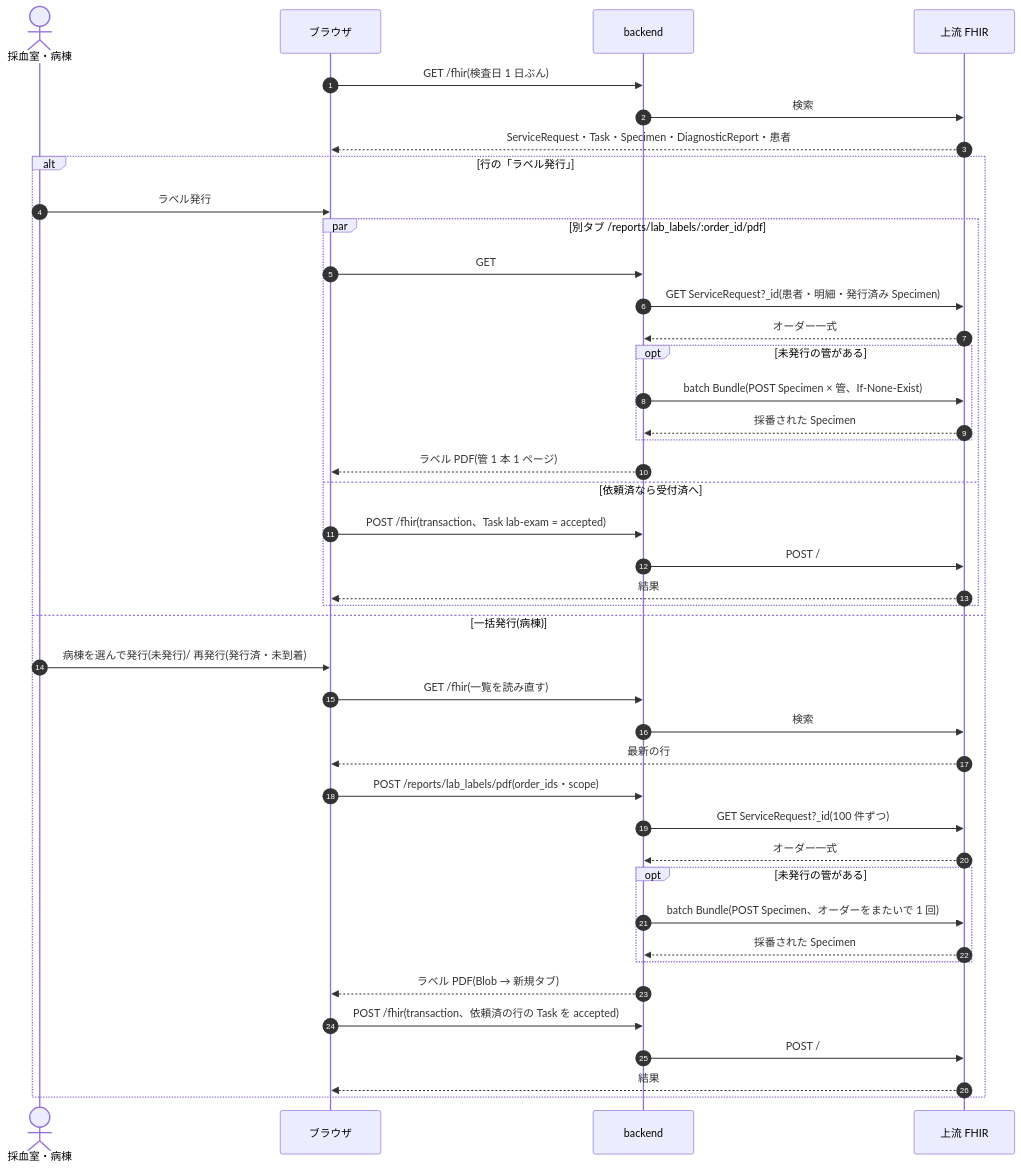
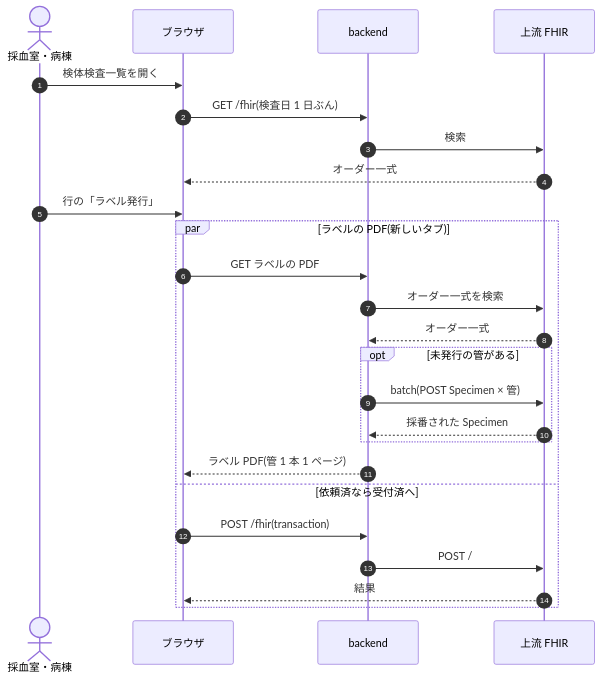
Before and after one commit to ysnr-dev/fhir-client-docs: the fourth of 14 diagrams in docs/dev/lab.md, drawn with Mermaid. The commit also changed other lines of this file and 43 other files, not shown here.

Commit message:
docs: 業務フローとシーケンス図を写し直し

````diff
--- a/docs/dev/lab.md
+++ b/docs/dev/lab.md
@@ -99,45 +185,28 @@
 ```mermaid
 sequenceDiagram
   autonumber
   actor Tech as 採血室・病棟
   participant UI as ブラウザ
   participant BE as backend
   participant FHIR as 上流 FHIR
 
+  Tech->>UI: 検体検査一覧を開く
   UI->>BE: GET /fhir(検査日 1 日ぶん)
   BE->>FHIR: 検索
-  FHIR-->>UI: ServiceRequest・Task・Specimen・DiagnosticReport・患者
-  alt 行の「ラベル発行」
-    Tech->>UI: ラベル発行
-    par 別タブ /reports/lab_labels/:order_id/pdf
-      UI->>BE: GET
-      BE->>FHIR: GET ServiceRequest?_id(患者・明細・発行済み Specimen)
-      FHIR-->>BE: オーダー一式
-      opt 未発行の管がある
-        BE->>FHIR: batch Bundle(POST Specimen × 管、If-None-Exist)
-        FHIR-->>BE: 採番された Specimen
-      end
-      BE-->>UI: ラベル PDF(管 1 本 1 ページ)
-    and 依頼済なら受付済へ
-      UI->>BE: POST /fhir(transaction、Task lab-exam = accepted)
-      BE->>FHIR: POST /
-      FHIR-->>UI: 結果
-    end
-  else 一括発行(病棟)
-    Tech->>UI: 病棟を選んで発行(未発行)/ 再発行(発行済・未到着)
-    UI->>BE: GET /fhir(一覧を読み直す)
-    BE->>FHIR: 検索
-    FHIR-->>UI: 最新の行
-    UI->>BE: POST /reports/lab_labels/pdf(order_ids・scope)
-    BE->>FHIR: GET ServiceRequest?_id(100 件ずつ)
+  FHIR-->>UI: オーダー一式
+  Tech->>UI: 行の「ラベル発行」
+  par ラベルの PDF(新しいタブ)
+    UI->>BE: GET ラベルの PDF
+    BE->>FHIR: オーダー一式を検索
     FHIR-->>BE: オーダー一式
     opt 未発行の管がある
-      BE->>FHIR: batch Bundle(POST Specimen、オーダーをまたいで 1 回)
+      BE->>FHIR: batch(POST Specimen × 管)
       FHIR-->>BE: 採番された Specimen
     end
-    BE-->>UI: ラベル PDF(Blob → 新規タブ)
-    UI->>BE: POST /fhir(transaction、依頼済の行の Task を accepted)
+    BE-->>UI: ラベル PDF(管 1 本 1 ページ)
+  and 依頼済なら受付済へ
+    UI->>BE: POST /fhir(transaction)
     BE->>FHIR: POST /
     FHIR-->>UI: 結果
   end
 ```
````
